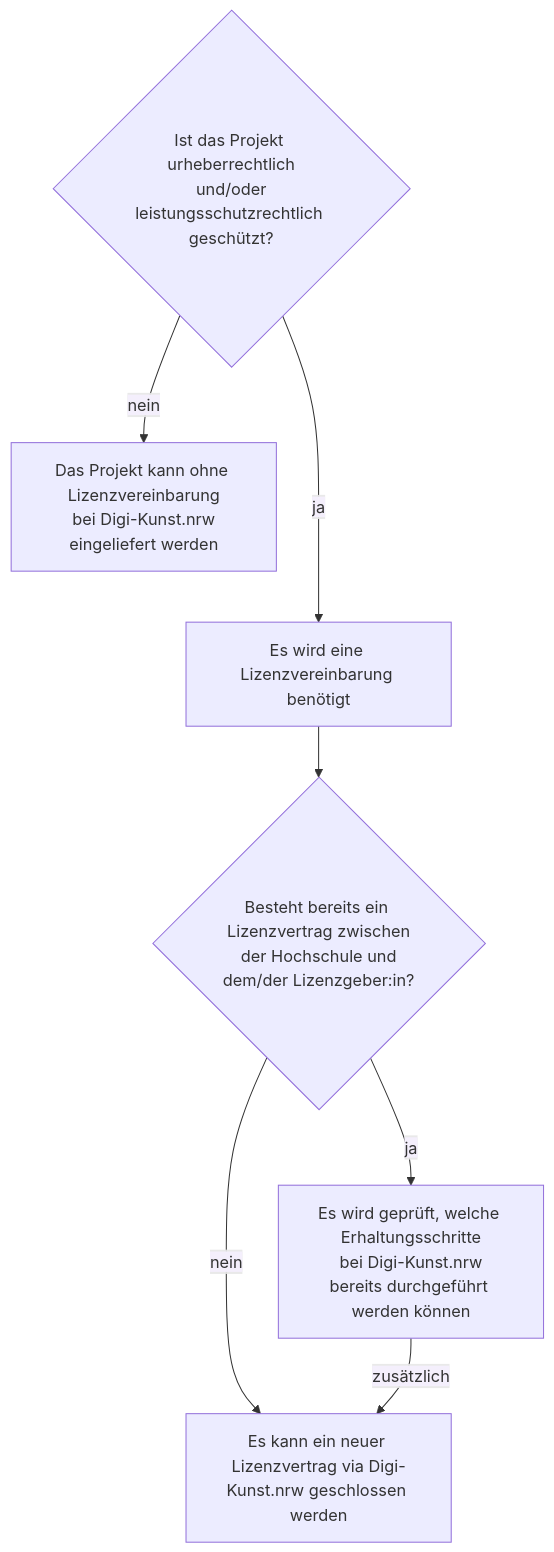
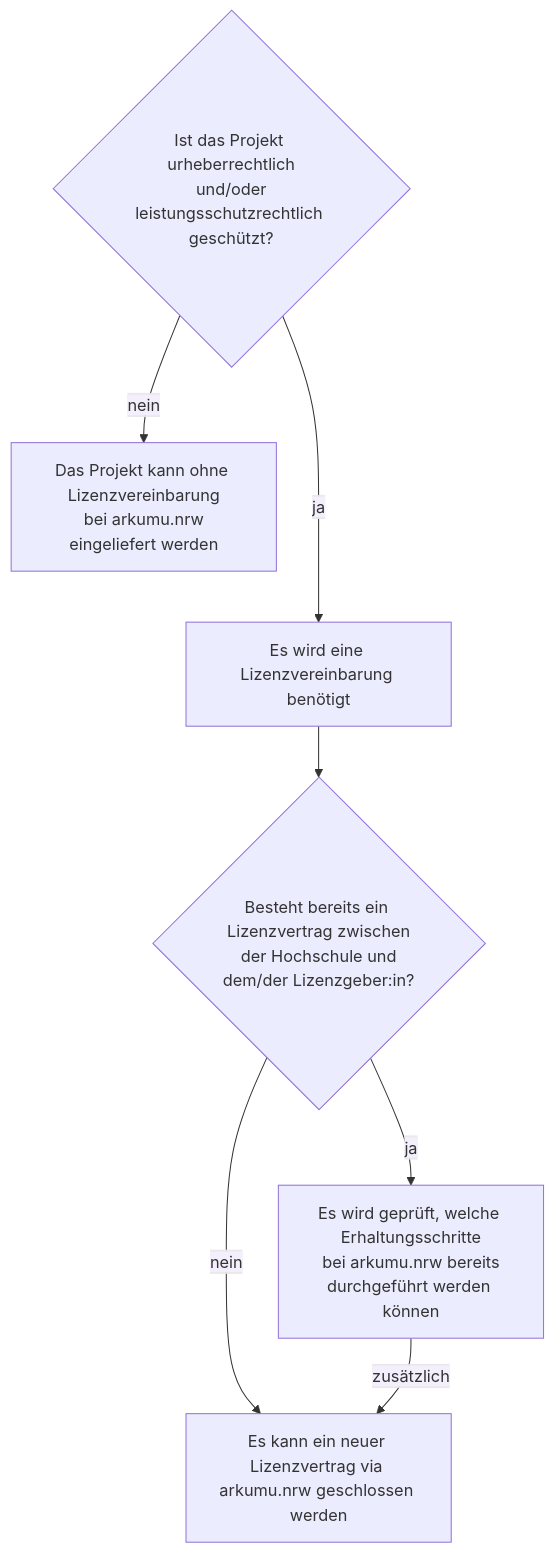
The seventh of 13 diagrams in ressourcen/entitaeten_und_attribute_des_datenmodells.markdown (arkumu/arkumu.github.io), drawn with Mermaid before and after one commit. The commit also changed other lines of this file and 47 other files, not shown here.

Commit message:
reflecting project name change from Digi-Kunst.nrw to arkumu.nrw

```diff
--- a/ressourcen/entitaeten_und_attribute_des_datenmodells.markdown
+++ b/ressourcen/entitaeten_und_attribute_des_datenmodells.markdown
@@ -189,9 +189,9 @@
 <pre class="mermaid">
 flowchart TB;
-    Projekt_Urheberrechtsstatus{Ist das Projekt urheberrechtlich\n und/oder leistungsschutzrechtlich geschützt?}-- <span style="background-color: #f4effc">nein</span>  --> Projekt_eingeliefert[Das Projekt kann ohne Lizenzvereinbarung\n bei Digi-Kunst.nrw eingeliefert werden]
+    Projekt_Urheberrechtsstatus{Ist das Projekt urheberrechtlich\n und/oder leistungsschutzrechtlich geschützt?}-- <span style="background-color: #f4effc">nein</span>  --> Projekt_eingeliefert[Das Projekt kann ohne Lizenzvereinbarung\n bei arkumu.nrw eingeliefert werden]
     Projekt_Urheberrechtsstatus-- <span style="background-color: #f4effc">ja</span>  ---> Lizenzvertrag_benötigt[Es wird eine Lizenzvereinbarung benötigt]
     Lizenzvertrag_benötigt --> Besteht_Lizenzvertrag{Besteht bereits ein Lizenzvertrag zwischen\n der Hochschule und dem/der Lizenzgeber:in?}
-    Besteht_Lizenzvertrag-- <span style="background-color: #f4effc">ja</span>  --> Rechte_werden_geprüft[Es wird geprüft, welche Erhaltungsschritte\n bei Digi-Kunst.nrw bereits durchgeführt werden können]
-    Besteht_Lizenzvertrag-- <span style="background-color: #f4effc">nein</span>  --> Neuer_Lizenzvertrag[Es kann ein neuer Lizenzvertrag via Digi-Kunst.nrw geschlossen werden]
-    Rechte_werden_geprüft-- <span style="background-color: #f4effc">zusätzlich</span>  --> Neuer_Lizenzvertrag[Es kann ein neuer Lizenzvertrag via Digi-Kunst.nrw geschlossen werden]
+    Besteht_Lizenzvertrag-- <span style="background-color: #f4effc">ja</span>  --> Rechte_werden_geprüft[Es wird geprüft, welche Erhaltungsschritte\n bei arkumu.nrw bereits durchgeführt werden können]
+    Besteht_Lizenzvertrag-- <span style="background-color: #f4effc">nein</span>  --> Neuer_Lizenzvertrag[Es kann ein neuer Lizenzvertrag via arkumu.nrw geschlossen werden]
+    Rechte_werden_geprüft-- <span style="background-color: #f4effc">zusätzlich</span>  --> Neuer_Lizenzvertrag[Es kann ein neuer Lizenzvertrag via arkumu.nrw geschlossen werden]
 </pre>
```
